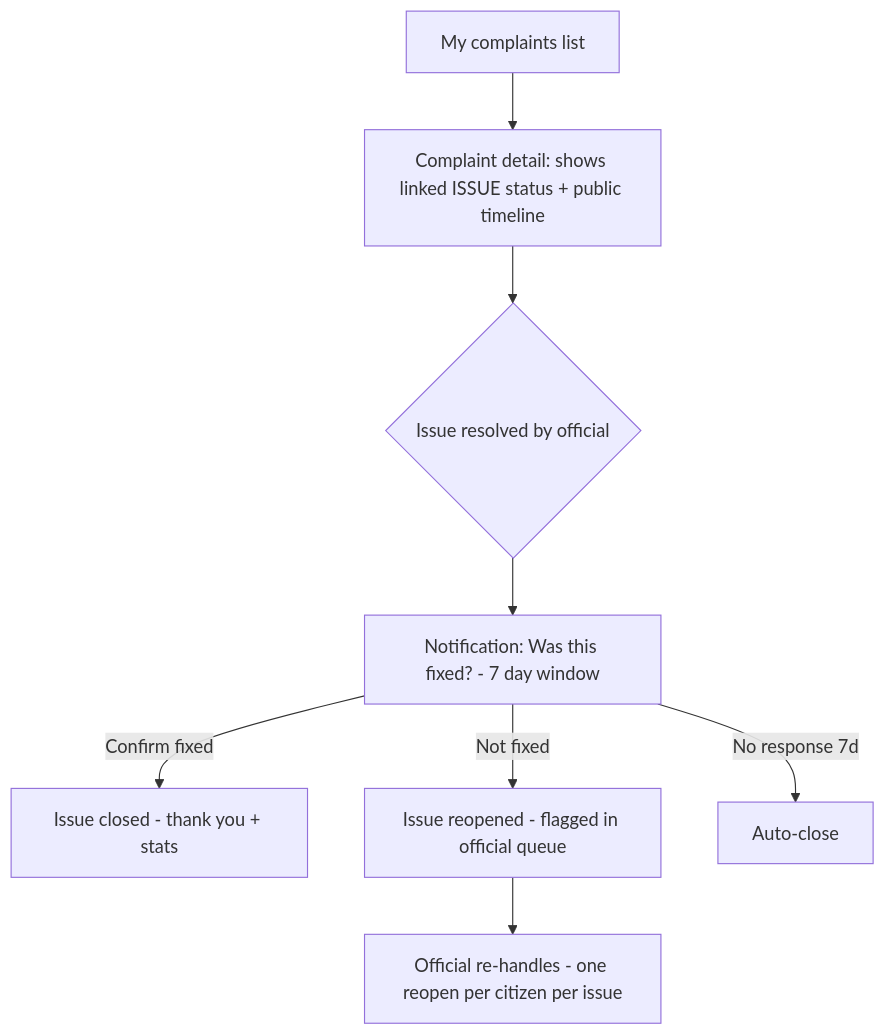
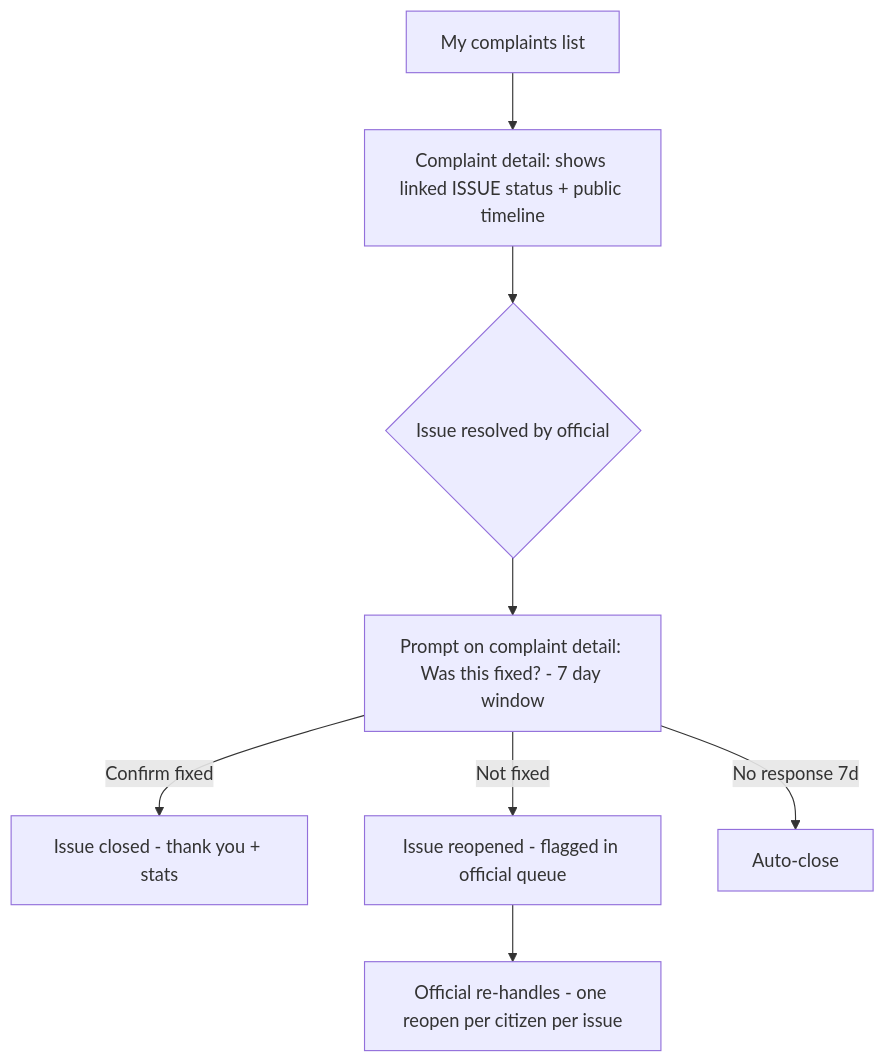
One commit to kalisingh2277/CivicPulse-AI changed the third of 7 diagrams in docs/02-user-flows.md. Above: the diagram before and after it, drawn with Mermaid. The commit also changed other lines of this file and 9 other files, not shown here.

````diff
--- a/docs/02-user-flows.md
+++ b/docs/02-user-flows.md
@@ -63,10 +62,10 @@
 ```mermaid
 flowchart TD
     A[My complaints list] --> B[Complaint detail: shows linked ISSUE status + public timeline]
     B --> C{Issue resolved by official}
-    C --> D[Notification: Was this fixed? - 7 day window]
+    C --> D[Prompt on complaint detail: Was this fixed? - 7 day window]
     D -- Confirm fixed --> E[Issue closed - thank you + stats]
     D -- Not fixed --> F[Issue reopened - flagged in official queue]
     D -- No response 7d --> G[Auto-close]
     F --> H[Official re-handles - one reopen per citizen per issue]
 ```
````
